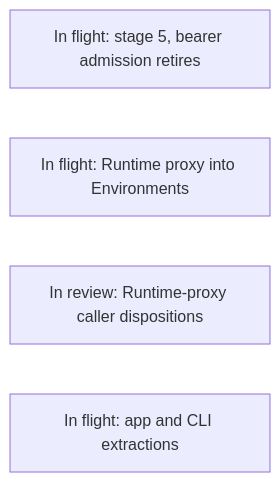
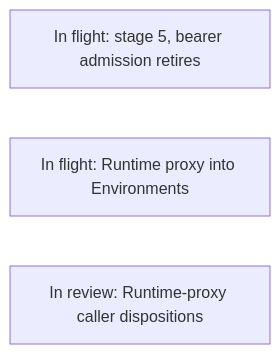
One commit to agentydragon/ducktape changed the first of 21 diagrams in agentplane/plans/task_dag.md. Above: the diagram before and after it, drawn with Mermaid. The commit also changed other lines of this file, not shown here.

````diff
--- a/agentplane/plans/task_dag.md
+++ b/agentplane/plans/task_dag.md
@@ -208,7 +207,6 @@
 ```mermaid
 flowchart LR
     PRIVILEGED_BACKEND_AUTH_DESIGN[In flight: stage 5, bearer admission retires]
     RUNTIME_PROXY_TO_ENVIRONMENTS[In flight: Runtime proxy into Environments]
     RUNTIME_PROXY_CALLER_AUDIT[In review: Runtime-proxy caller dispositions]
-    GO_LOCAL_EXTRACTIONS[In flight: app and CLI extractions]
 ```
````
